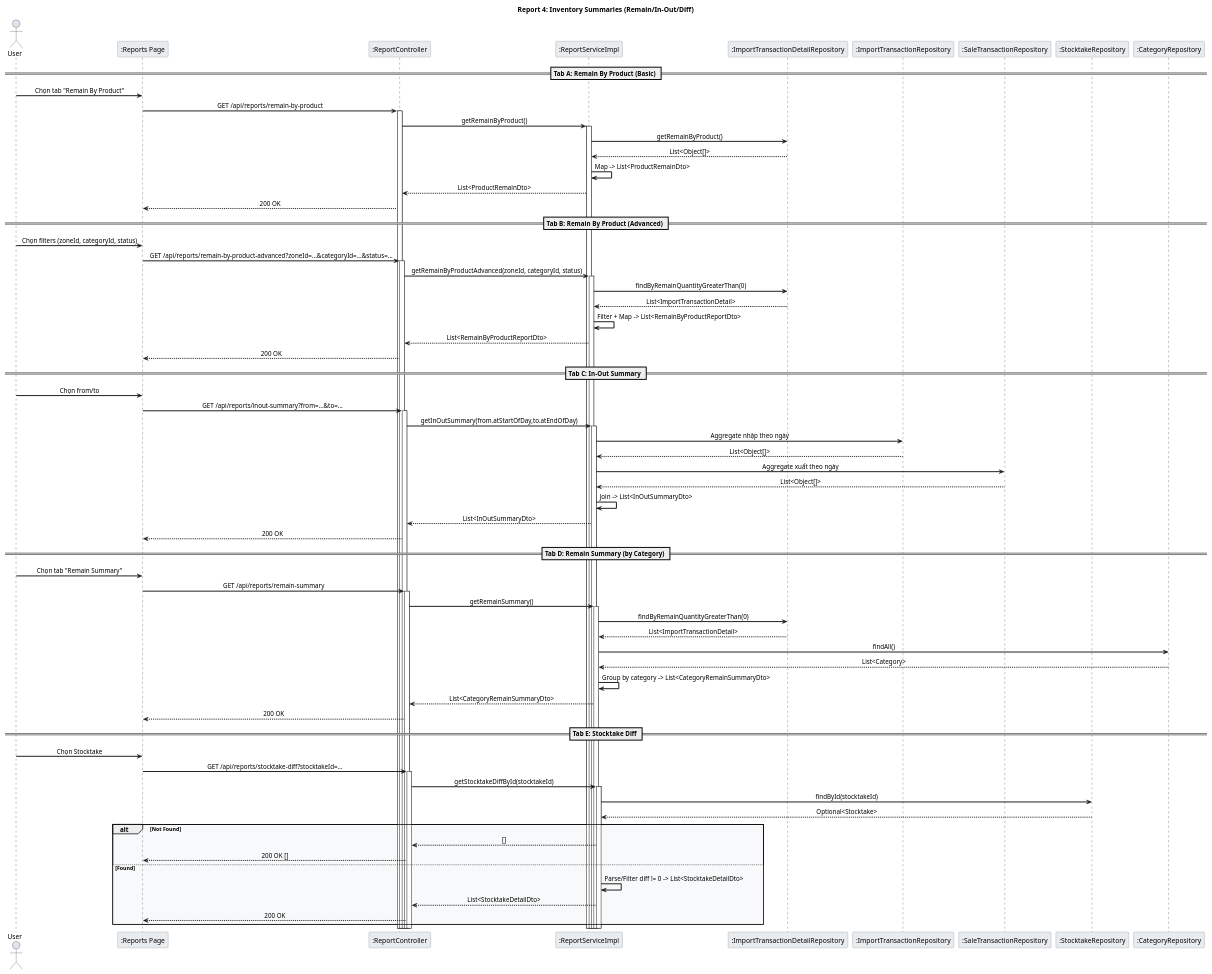
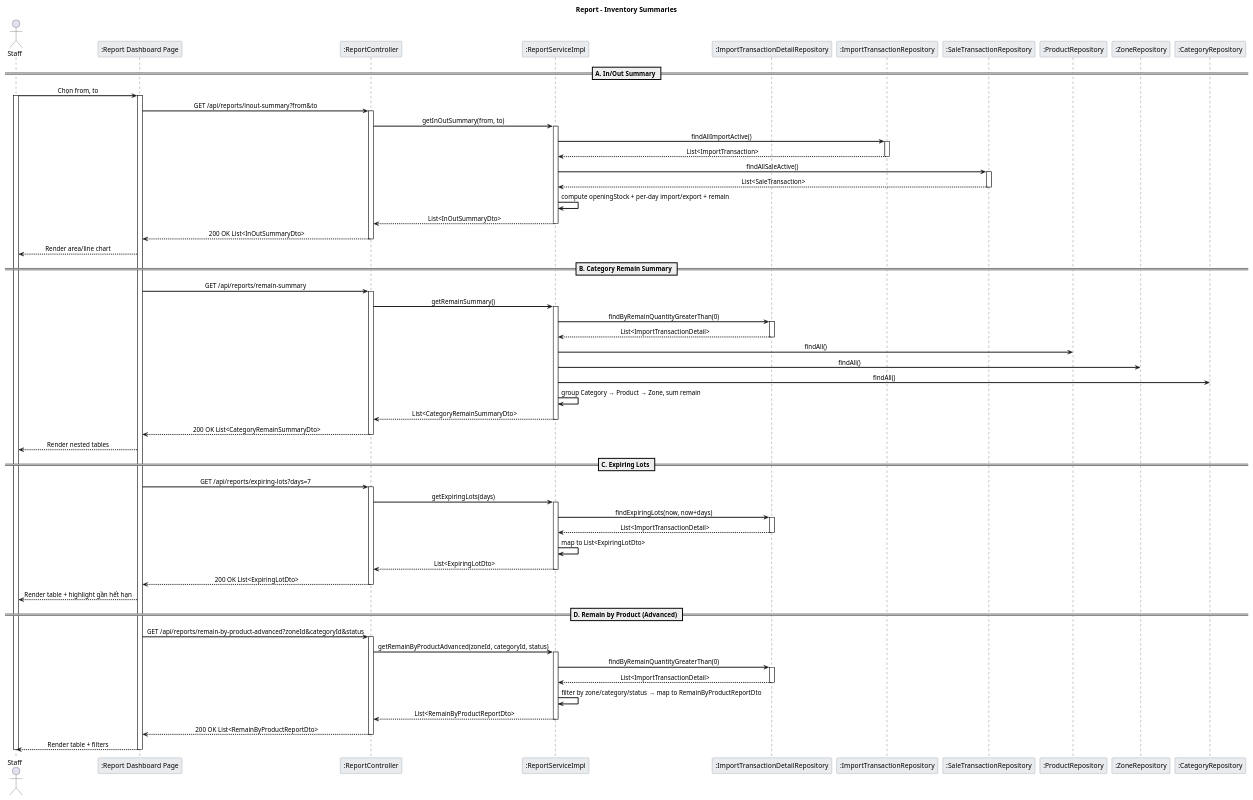
Before and after one commit to LamVNT/Farmovo: the diagram in Report_4_InventorySummaries_Sequence.puml, drawn with PlantUML. The commit also changed 20 other files, not shown here.

Commit message:
Fix Sequence diagram

```diff
--- a/Report_4_InventorySummaries_Sequence.puml
+++ b/Report_4_InventorySummaries_Sequence.puml
@@ -1,92 +1,101 @@
 @startuml Report_4_InventorySummaries_Sequence
 
 skinparam backgroundColor white
 skinparam sequenceArrowThickness 2
 skinparam sequenceMessageAlign center
 skinparam sequenceGroupBodyBackgroundColor #F8F9FA
 skinparam sequenceParticipantBorderColor #6C757D
 skinparam sequenceParticipantBackgroundColor #E9ECEF
 skinparam sequenceLifeLineStroke dash
 
-title Report 4: Inventory Summaries (Remain/In-Out/Diff)
+title Report – Inventory Summaries
 
-actor User
-participant ":Reports Page" as UI
+actor Staff
+participant ":Report Dashboard Page" as UI
 participant ":ReportController" as RC
 participant ":ReportServiceImpl" as RS
 participant ":ImportTransactionDetailRepository" as DetailRepo
 participant ":ImportTransactionRepository" as ImportRepo
 participant ":SaleTransactionRepository" as SaleRepo
-participant ":StocktakeRepository" as StockRepo
+participant ":ProductRepository" as ProductRepo
+participant ":ZoneRepository" as ZoneRepo
 participant ":CategoryRepository" as CategoryRepo
 
-== Tab A: Remain By Product (Basic) ==
-User -> UI: Chọn tab "Remain By Product"
-UI -> RC: GET /api/reports/remain-by-product
+== A. In/Out Summary ==
+Staff -> UI: Chọn from, to
+activate Staff
+activate UI
+UI -> RC: GET /api/reports/inout-summary?from&to
 activate RC
-RC -> RS: getRemainByProduct()
+RC -> RS: getInOutSummary(from, to)
 activate RS
-RS -> DetailRepo: getRemainByProduct()
-DetailRepo --> RS: List<Object[]>
-RS -> RS: Map -> List<ProductRemainDto>
-RS --> RC: List<ProductRemainDto>
-RC --> UI: 200 OK
+RS -> ImportRepo: findAllImportActive()
+activate ImportRepo
+ImportRepo --> RS: List<ImportTransaction>
+deactivate ImportRepo
+RS -> SaleRepo: findAllSaleActive()
+activate SaleRepo
+SaleRepo --> RS: List<SaleTransaction>
+deactivate SaleRepo
+RS -> RS: compute openingStock + per-day import/export + remain
+RS --> RC: List<InOutSummaryDto>
+deactivate RS
+RC --> UI: 200 OK List<InOutSummaryDto>
+deactivate RC
+UI --> Staff: Render area/line chart
 
-== Tab B: Remain By Product (Advanced) ==
-User -> UI: Chọn filters (zoneId, categoryId, status)
-UI -> RC: GET /api/reports/remain-by-product-advanced?zoneId=...&categoryId=...&status=...
-activate RC
-RC -> RS: getRemainByProductAdvanced(zoneId, categoryId, status)
-activate RS
-RS -> DetailRepo: findByRemainQuantityGreaterThan(0)
-DetailRepo --> RS: List<ImportTransactionDetail>
-RS -> RS: Filter + Map -> List<RemainByProductReportDto>
-RS --> RC: List<RemainByProductReportDto>
-RC --> UI: 200 OK
-
-== Tab C: In-Out Summary ==
-User -> UI: Chọn from/to
-UI -> RC: GET /api/reports/inout-summary?from=...&to=...
-activate RC
-RC -> RS: getInOutSummary(from.atStartOfDay,to.atEndOfDay)
-activate RS
-RS -> ImportRepo: Aggregate nhập theo ngày
-ImportRepo --> RS: List<Object[]>
-RS -> SaleRepo: Aggregate xuất theo ngày
-SaleRepo --> RS: List<Object[]>
-RS -> RS: Join -> List<InOutSummaryDto>
-RS --> RC: List<InOutSummaryDto>
-RC --> UI: 200 OK
-
-== Tab D: Remain Summary (by Category) ==
-User -> UI: Chọn tab "Remain Summary"
+== B. Category Remain Summary ==
 UI -> RC: GET /api/reports/remain-summary
 activate RC
 RC -> RS: getRemainSummary()
 activate RS
 RS -> DetailRepo: findByRemainQuantityGreaterThan(0)
+activate DetailRepo
 DetailRepo --> RS: List<ImportTransactionDetail>
+deactivate DetailRepo
+RS -> ProductRepo: findAll()
+RS -> ZoneRepo: findAll()
 RS -> CategoryRepo: findAll()
-CategoryRepo --> RS: List<Category>
-RS -> RS: Group by category -> List<CategoryRemainSummaryDto>
+RS -> RS: group Category → Product → Zone, sum remain
 RS --> RC: List<CategoryRemainSummaryDto>
-RC --> UI: 200 OK
+deactivate RS
+RC --> UI: 200 OK List<CategoryRemainSummaryDto>
+deactivate RC
+UI --> Staff: Render nested tables
 
-== Tab E: Stocktake Diff ==
-User -> UI: Chọn Stocktake
-UI -> RC: GET /api/reports/stocktake-diff?stocktakeId=...
+== C. Expiring Lots ==
+UI -> RC: GET /api/reports/expiring-lots?days=7
 activate RC
-RC -> RS: getStocktakeDiffById(stocktakeId)
+RC -> RS: getExpiringLots(days)
 activate RS
-RS -> StockRepo: findById(stocktakeId)
-StockRepo --> RS: Optional<Stocktake>
-alt Not Found
-  RS --> RC: []
-  RC --> UI: 200 OK []
-else Found
-  RS -> RS: Parse/Filter diff != 0 -> List<StocktakeDetailDto>
-  RS --> RC: List<StocktakeDetailDto>
-  RC --> UI: 200 OK
-end
+RS -> DetailRepo: findExpiringLots(now, now+days)
+activate DetailRepo
+DetailRepo --> RS: List<ImportTransactionDetail>
+deactivate DetailRepo
+RS -> RS: map to List<ExpiringLotDto>
+RS --> RC: List<ExpiringLotDto>
+deactivate RS
+RC --> UI: 200 OK List<ExpiringLotDto>
+deactivate RC
+UI --> Staff: Render table + highlight gần hết hạn
+
+== D. Remain by Product (Advanced) ==
+UI -> RC: GET /api/reports/remain-by-product-advanced?zoneId&categoryId&status
+activate RC
+RC -> RS: getRemainByProductAdvanced(zoneId, categoryId, status)
+activate RS
+RS -> DetailRepo: findByRemainQuantityGreaterThan(0)
+activate DetailRepo
+DetailRepo --> RS: List<ImportTransactionDetail>
+deactivate DetailRepo
+RS -> RS: filter by zone/category/status → map to RemainByProductReportDto
+RS --> RC: List<RemainByProductReportDto>
+deactivate RS
+RC --> UI: 200 OK List<RemainByProductReportDto>
+deactivate RC
+UI --> Staff: Render table + filters
+
+deactivate UI
+deactivate Staff
 
 @enduml
```
